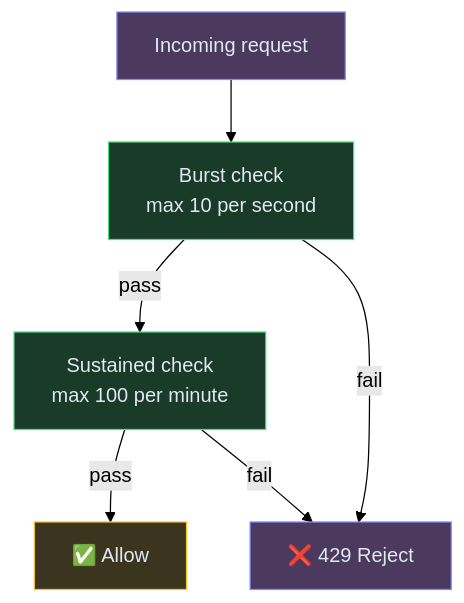
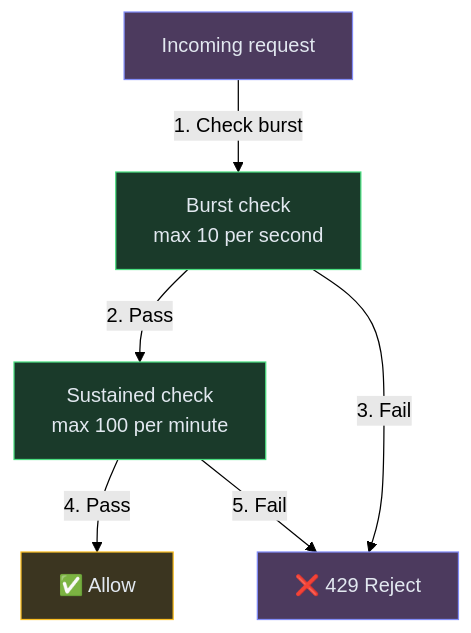
One commit to iluzn/HLD-Designs changed diagram 14 of 15 in content/hld/RateLimiter.md. Above: the diagram before and after it, drawn with Mermaid (forest theme). The commit also changed other lines of this file and 27 other files, not shown here.

````diff
--- a/content/hld/RateLimiter.md
+++ b/content/hld/RateLimiter.md
@@ -668,18 +668,18 @@
 ```mermaid
 flowchart TD
     REQ["Incoming request"]:::client
     BURST["Burst check<br/>max 10 per second"]:::service
     SUSTAIN["Sustained check<br/>max 100 per minute"]:::service
     ALLOW["✅ Allow"]:::data
     REJECT["❌ 429 Reject"]:::client
 
-    REQ --> BURST
-    BURST -->|"pass"| SUSTAIN
-    BURST -->|"fail"| REJECT
-    SUSTAIN -->|"pass"| ALLOW
-    SUSTAIN -->|"fail"| REJECT
+    REQ -->|"1. Check burst"| BURST
+    BURST -->|"2. Pass"| SUSTAIN
+    BURST -->|"3. Fail"| REJECT
+    SUSTAIN -->|"4. Pass"| ALLOW
+    SUSTAIN -->|"5. Fail"| REJECT
 
     classDef client fill:#4c3a5e,stroke:#818cf8,color:#e2e8f0
     classDef service fill:#1a3a2a,stroke:#4ade80,color:#e2e8f0
     classDef data fill:#3b3520,stroke:#fbbf24,color:#e2e8f0
 ```
````
